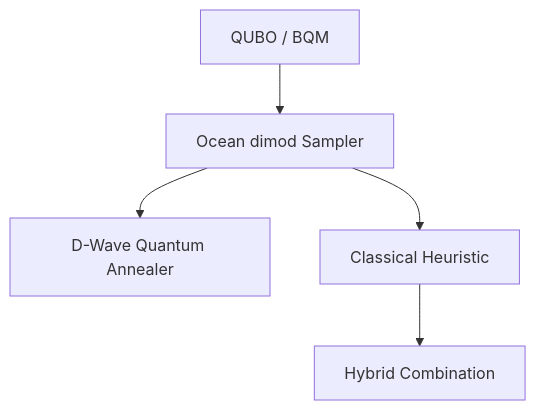
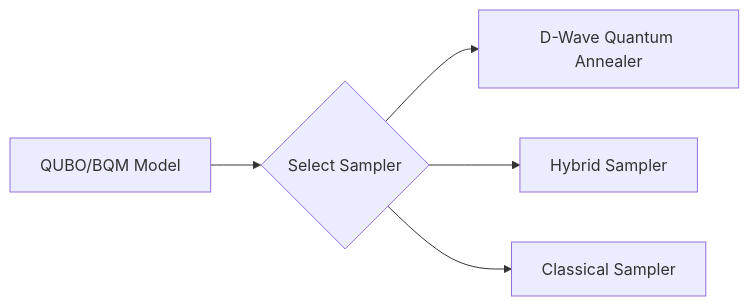
One commit to Symbiosis-Quantum-Club/awesome-quantum-optimization changed the third of 3 diagrams in 03-tools-and-libraries.md. Above: the diagram before and after it, drawn with Mermaid. The commit also changed other lines of this file, not shown here.

````diff
--- a/03-tools-and-libraries.md
+++ b/03-tools-and-libraries.md
@@ -72,7 +70,12 @@
 ```mermaid
-flowchart TD
-    Q[QUBO / BQM] --> D[Ocean dimod Sampler]
-    D --> E[D-Wave Quantum Annealer]
-    D --> F[Classical Heuristic]
-    F --> G[Hybrid Combination]
+flowchart LR
+    QUBO[QUBO/BQM Model]
+    Sampler{Select Sampler}
+    QA[D-Wave Quantum Annealer]
+    HA[Hybrid Sampler]
+    CSA[Classical Sampler]
+    QUBO --> Sampler
+    Sampler --> QA
+    Sampler --> HA
+    Sampler --> CSA
 ```
````
